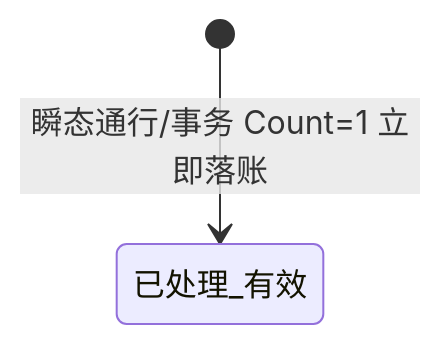
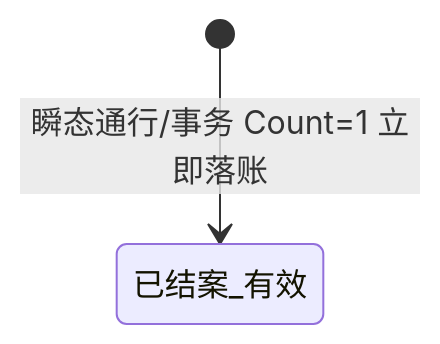
Before and after one commit to RobertHuang999/SYZC: the second of 5 diagrams in 02-PRD文档/B-迭代需求/6.2版本（2026.08）/02-预警信息/01设备预警信息/设备预警信息业务规则规格.md, drawn with Mermaid. The commit also changed other lines of this file and 70 other files, not shown here.

````diff
--- a/02-PRD文档/B-迭代需求/6.2版本（2026.08）/02-预警信息/01设备预警信息/设备预警信息业务规则规格.md
+++ b/02-PRD文档/B-迭代需求/6.2版本（2026.08）/02-预警信息/01设备预警信息/设备预警信息业务规则规格.md
@@ -75,4 +75,4 @@
 ```mermaid
 stateDiagram-v2
-    [*] --> 已处理_有效: 瞬态通行/事务 Count=1 立即落账
+    [*] --> 已结案_有效: 瞬态通行/事务 Count=1 立即落账
 ```
````
